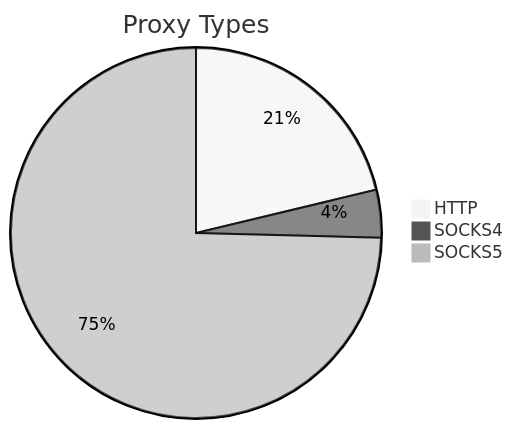
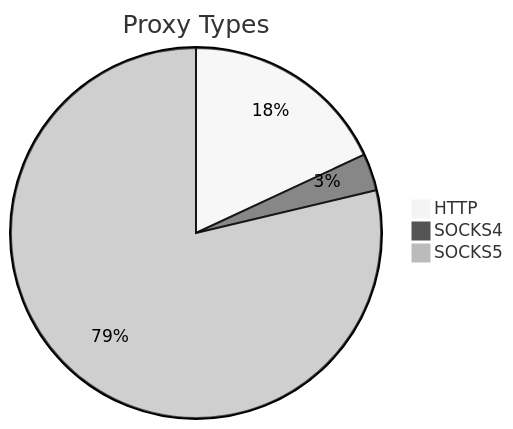
The first of 2 diagrams in README.md (stormsia/proxy-list), drawn with Mermaid (neutral theme) before and after one commit. The commit also changed other lines of this file, not shown here.

````diff
--- a/README.md
+++ b/README.md
@@ -21,6 +21,6 @@
 ```mermaid
 pie title Proxy Types
-    "HTTP" : 143
-    "SOCKS4" : 28
-    "SOCKS5" : 502
+    "HTTP" : 151
+    "SOCKS4" : 27
+    "SOCKS5" : 658
 ```
````
